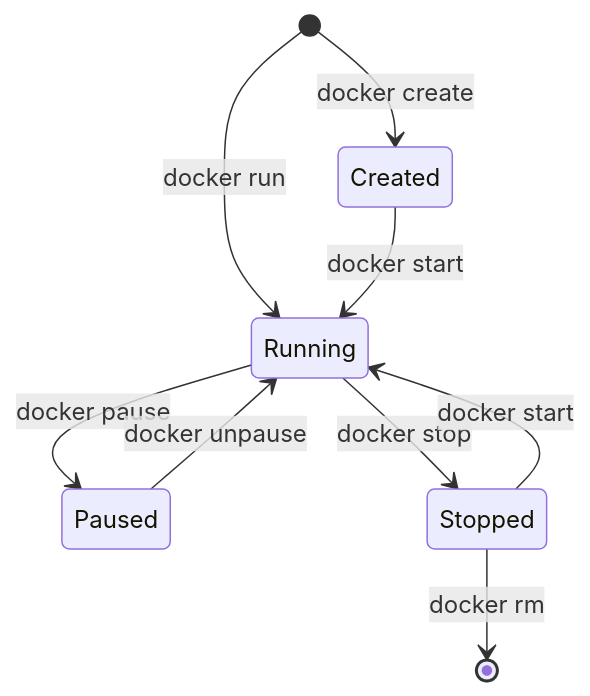
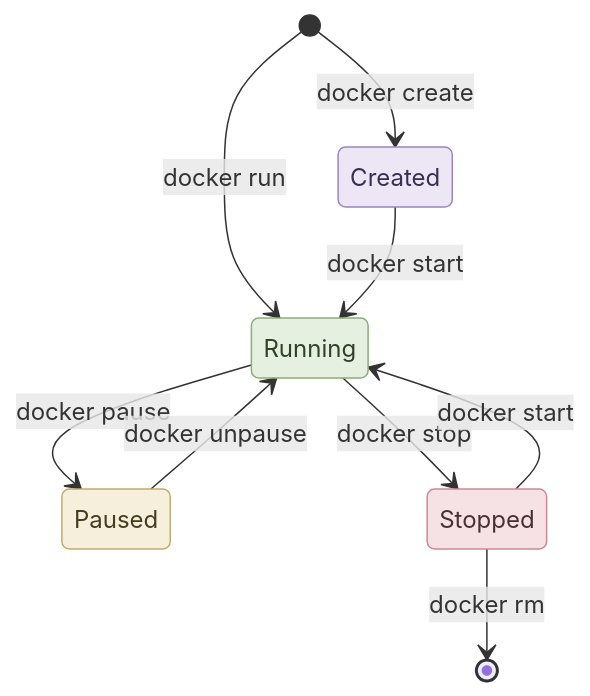
One commit to saurabhchachre013/docker101 changed the sixth of 10 diagrams in Docker101.md. Above: the diagram before and after it, drawn with Mermaid. The commit also changed other lines of this file and 2 other files, not shown here.

````diff
--- a/Docker101.md
+++ b/Docker101.md
@@ -329,11 +387,20 @@
 ```mermaid
 stateDiagram-v2
     [*] --> Created: docker create
     [*] --> Running: docker run
     Created --> Running: docker start
     Running --> Paused: docker pause
     Paused --> Running: docker unpause
     Running --> Stopped: docker stop
     Stopped --> Running: docker start
     Stopped --> [*]: docker rm
+
+    classDef created fill:#ECE6F5,stroke:#9A86C0,color:#3A2E52
+    classDef running fill:#E6F0E0,stroke:#8AAE7A,color:#2F4227
+    classDef paused fill:#F5EFDC,stroke:#C2AC6E,color:#463C1F
+    classDef stopped fill:#F6E1E4,stroke:#C98A93,color:#4A2E33
+    class Created created
+    class Running running
+    class Paused paused
+    class Stopped stopped
 ```
````
